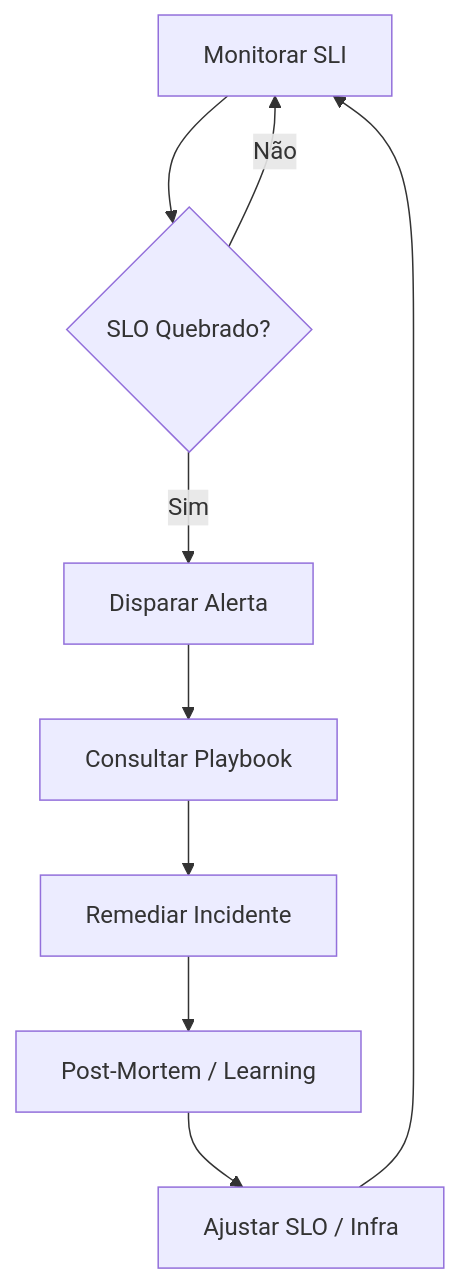
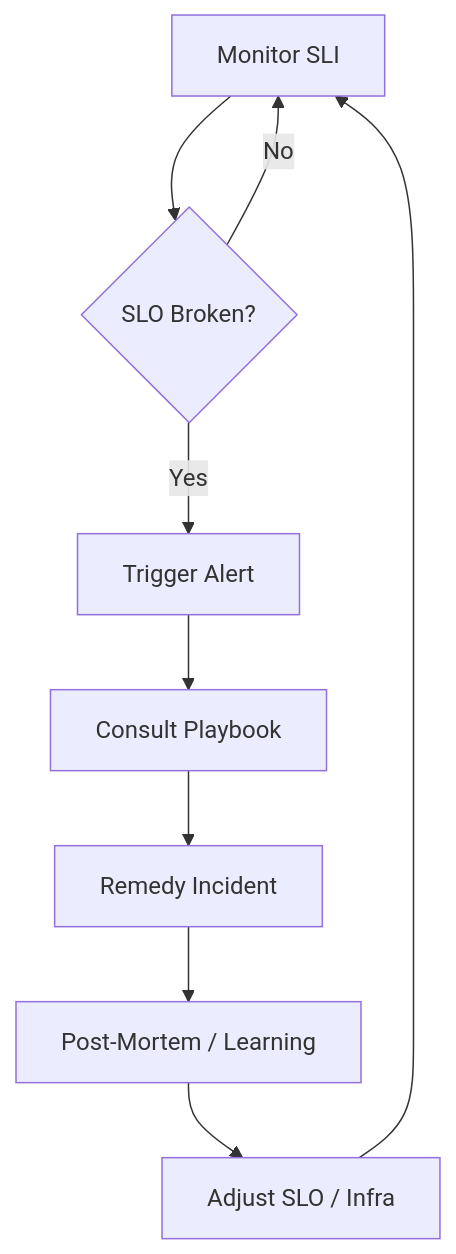
The diagram in observability-expert/references/sli-slo-alerting.md (KlebersonCollab/skills), drawn with Mermaid before and after one commit. The commit also changed other lines of this file and 242 other files, not shown here.

````diff
--- a/observability-expert/references/sli-slo-alerting.md
+++ b/observability-expert/references/sli-slo-alerting.md
@@ -49,11 +49,11 @@
 ```mermaid
 graph TD
-    A[Monitorar SLI] --> B{SLO Quebrado?}
-    B -- Não --> A
-    B -- Sim --> C[Disparar Alerta]
-    C --> D[Consultar Playbook]
-    D --> E[Remediar Incidente]
+    A[Monitor SLI] --> B{SLO Broken?}
+    B -- No --> A
+    B -- Yes --> C[Trigger Alert]
+    C --> D[Consult Playbook]
+    D --> E[Remedy Incident]
     E --> F[Post-Mortem / Learning]
-    F --> G[Ajustar SLO / Infra]
+    F --> G[Adjust SLO / Infra]
     G --> A
 ```
````
